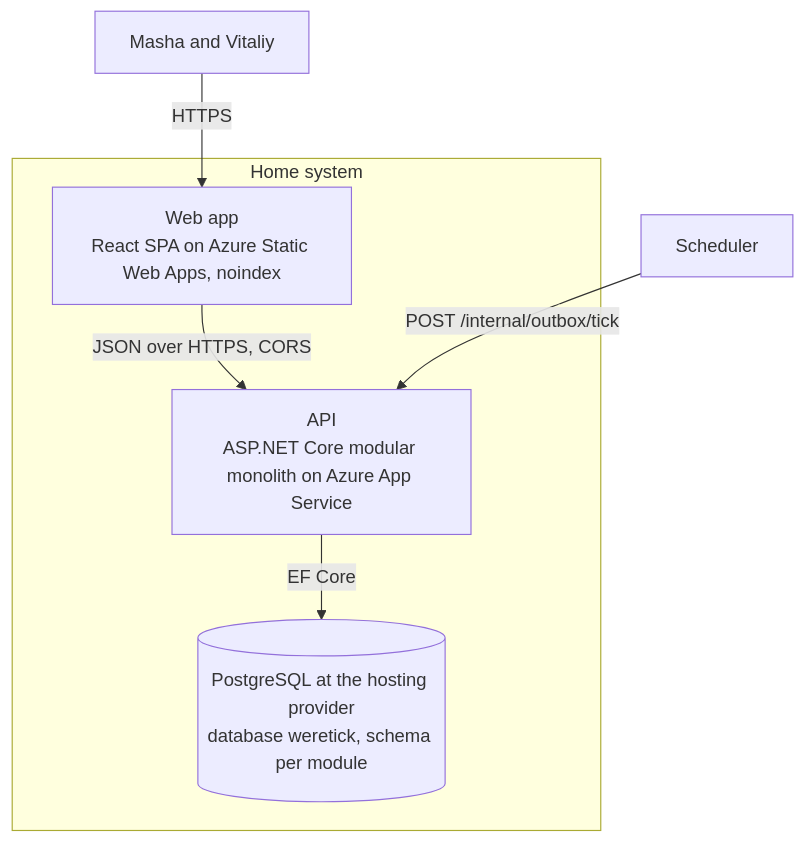
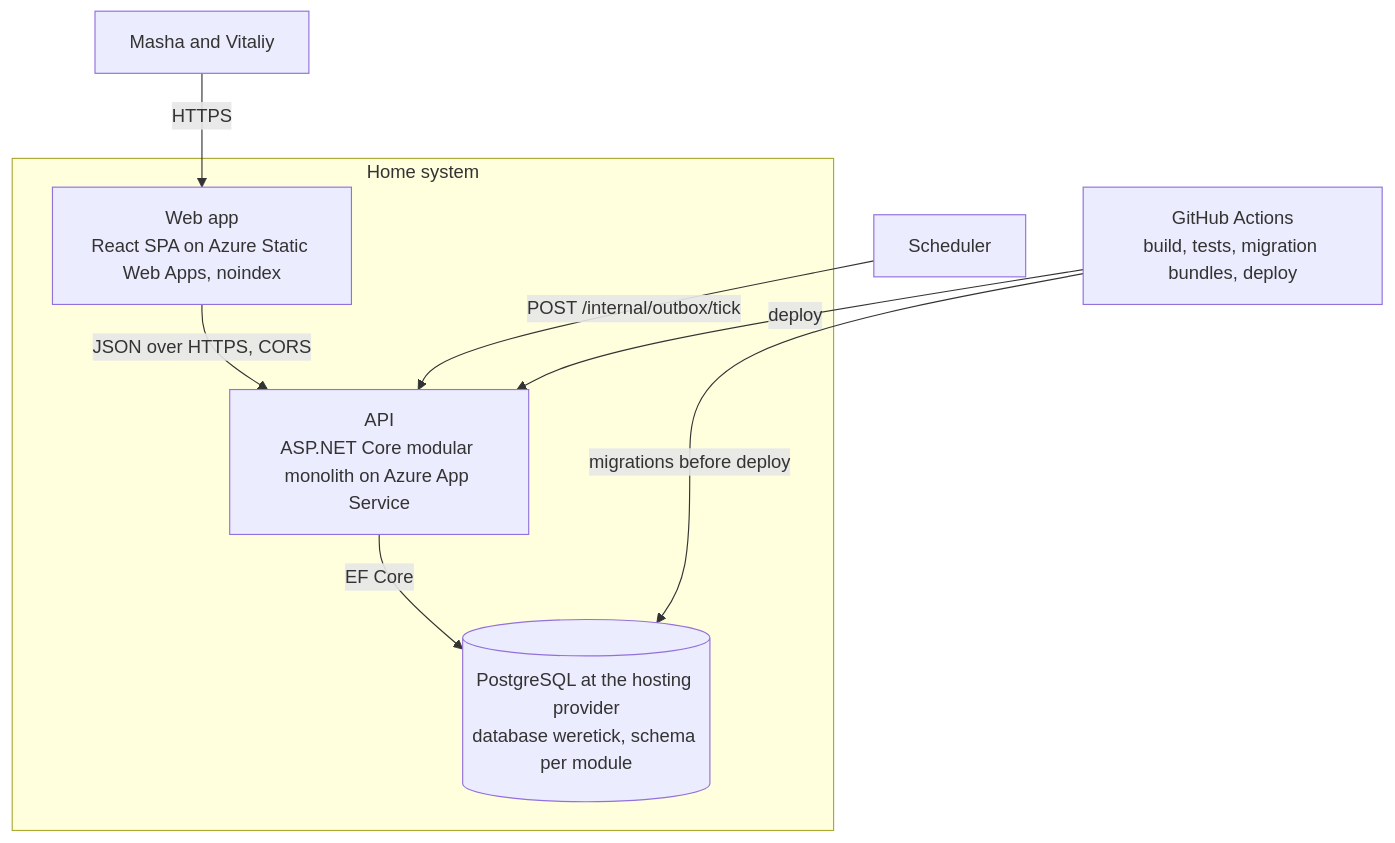
One commit to Weretik/home-app changed the second of 3 diagrams in api/docs/architecture/c4.md. Above: the diagram before and after it, drawn with Mermaid. The commit also changed other lines of this file and 79 other files, not shown here.

````diff
--- a/api/docs/architecture/c4.md
+++ b/api/docs/architecture/c4.md
@@ -19,14 +23,16 @@
 ```mermaid
 flowchart TB
     family["Masha and Vitaliy"] -->|HTTPS| web
 
     subgraph system [Home system]
         web["Web app<br/>React SPA on Azure Static Web Apps, noindex"]
         api["API<br/>ASP.NET Core modular monolith on Azure App Service"]
         db[("PostgreSQL at the hosting provider<br/>database weretick, schema per module")]
     end
 
     web -->|"JSON over HTTPS, CORS"| api
     api -->|EF Core| db
     scheduler["Scheduler"] -->|"POST /internal/outbox/tick"| api
+    actions["GitHub Actions<br/>build, tests, migration bundles, deploy"] -->|"migrations before deploy"| db
+    actions -->|deploy| api
 ```
````
